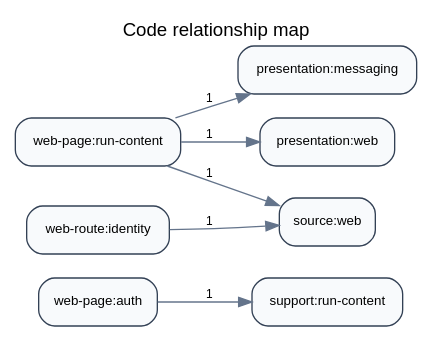
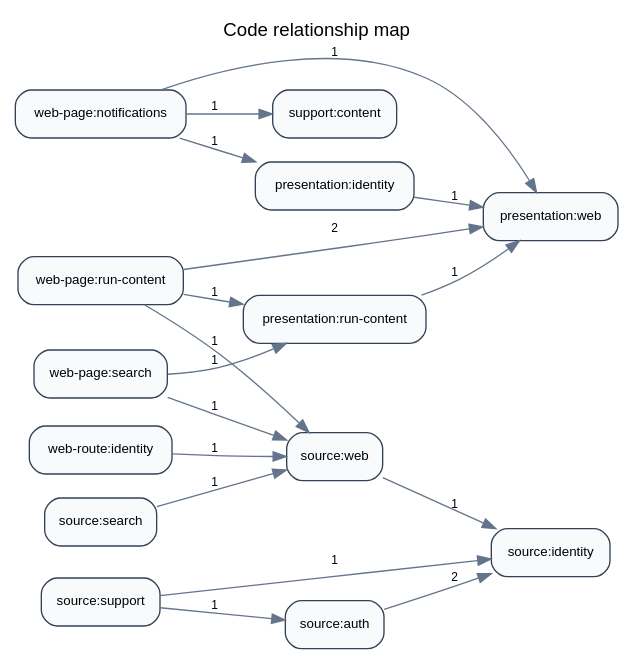
Before and after one commit to strataga/whatagoodealtx: the diagram in docs/architecture/code-map.dot, drawn with Graphviz. The commit also changed 31 other files, not shown here.

```diff
--- a/docs/architecture/code-map.dot
+++ b/docs/architecture/code-map.dot
@@ -1,11 +1,22 @@
 digraph CodeMap {
   rankdir=LR;
   graph [fontname="Helvetica", labelloc="t", label="Code relationship map"];
   node [shape=box, style="rounded,filled", fillcolor="#f8fafc", color="#334155", fontname="Helvetica", fontsize=10];
   edge [color="#64748b", fontname="Helvetica", fontsize=9];
-  "web-page:auth" -> "support:run-content" [label="1"];
-  "web-page:run-content" -> "presentation:messaging" [label="1"];
-  "web-page:run-content" -> "presentation:web" [label="1"];
+  "source:auth" -> "source:identity" [label="2"];
+  "web-page:run-content" -> "presentation:web" [label="2"];
+  "presentation:identity" -> "presentation:web" [label="1"];
+  "presentation:run-content" -> "presentation:web" [label="1"];
+  "source:search" -> "source:web" [label="1"];
+  "source:support" -> "source:auth" [label="1"];
+  "source:support" -> "source:identity" [label="1"];
+  "source:web" -> "source:identity" [label="1"];
+  "web-page:notifications" -> "presentation:identity" [label="1"];
+  "web-page:notifications" -> "presentation:web" [label="1"];
+  "web-page:notifications" -> "support:content" [label="1"];
+  "web-page:run-content" -> "presentation:run-content" [label="1"];
   "web-page:run-content" -> "source:web" [label="1"];
+  "web-page:search" -> "presentation:run-content" [label="1"];
+  "web-page:search" -> "source:web" [label="1"];
   "web-route:identity" -> "source:web" [label="1"];
 }
```
